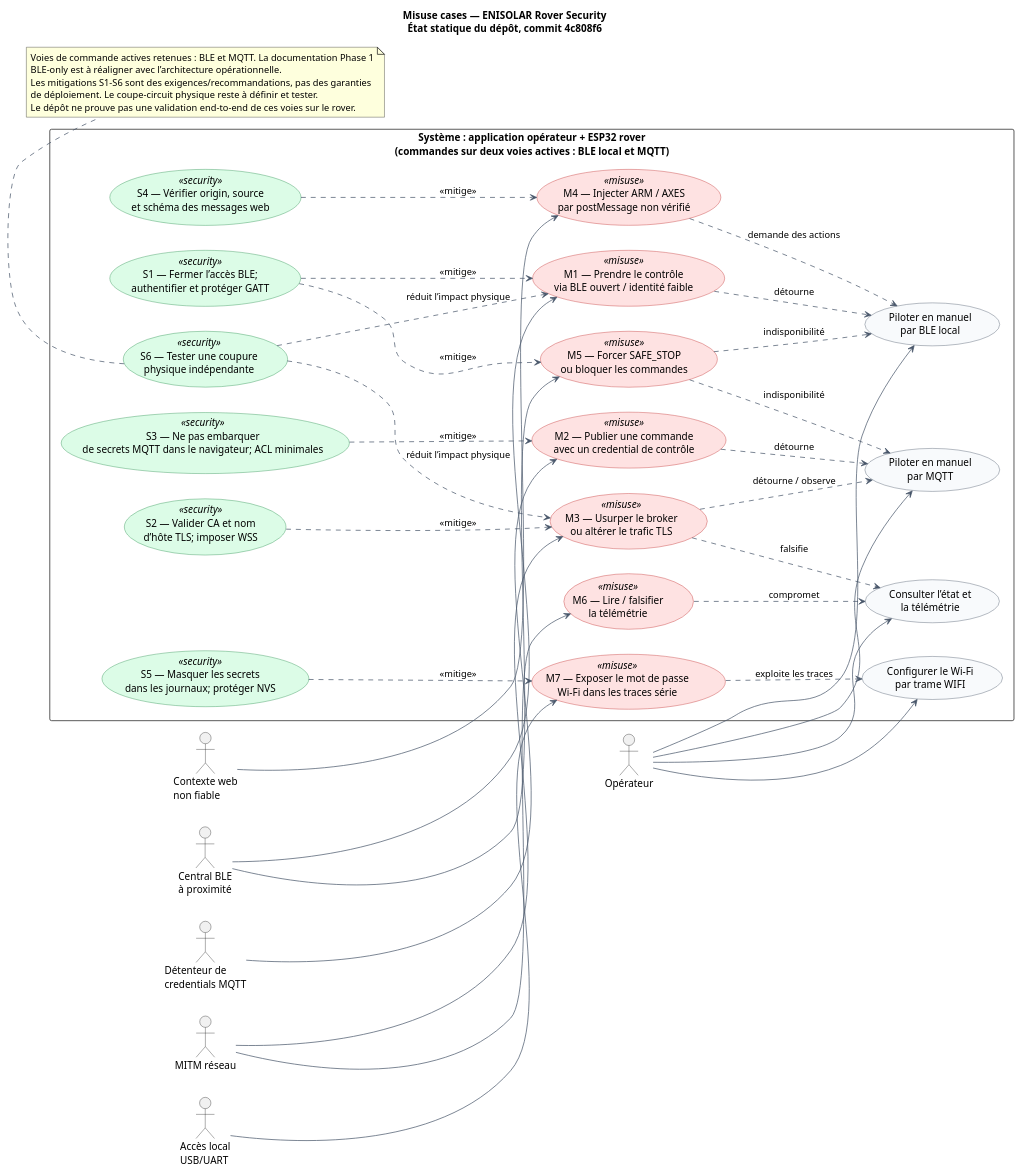
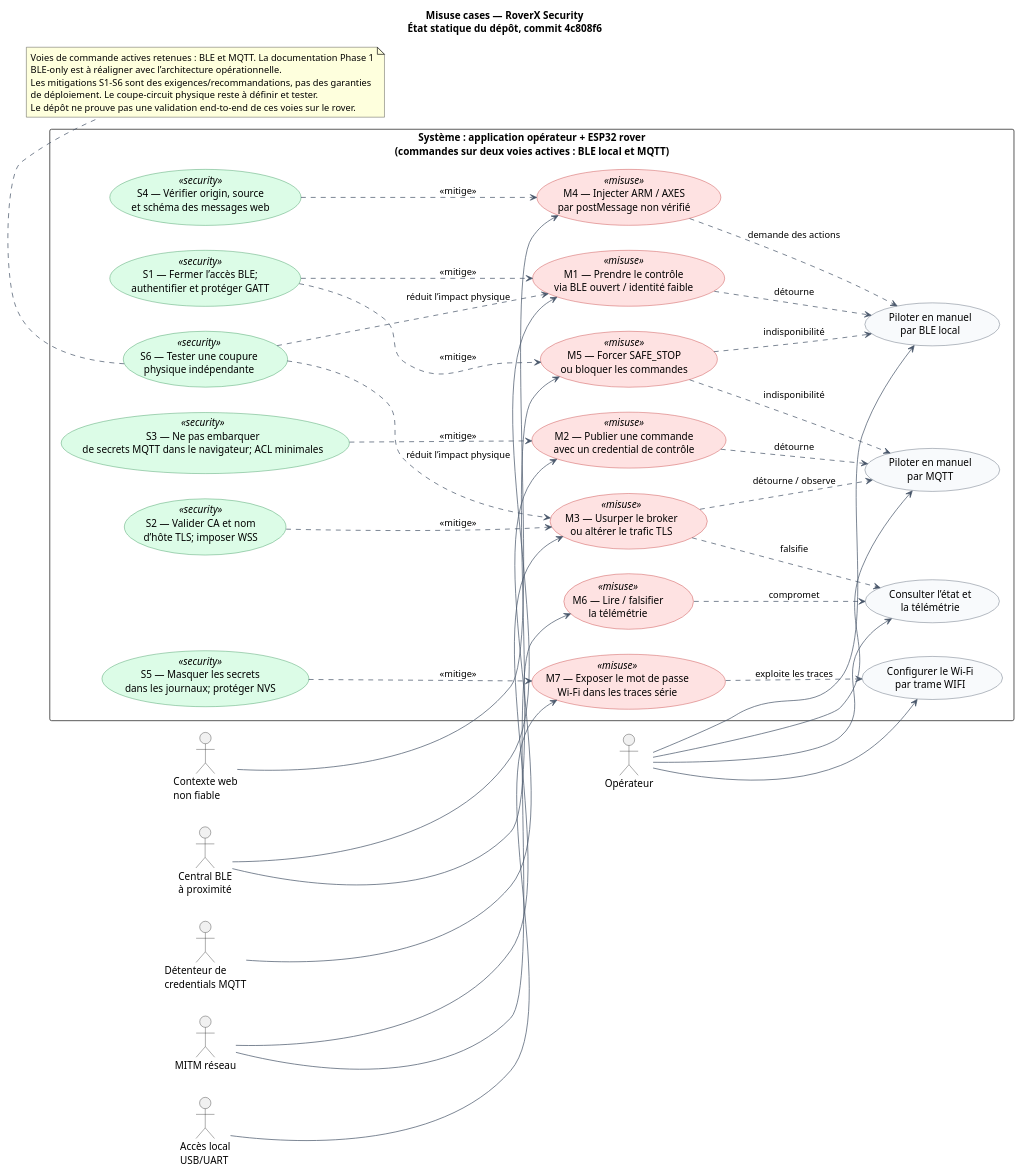
The diagram in docs/umlsec/rover-security-uml-livrables/misuse-cases-rover.puml (0x53616d6568/rover-security), drawn with PlantUML before and after one commit. The commit also changed 23 other files, not shown here.

```diff
--- a/docs/umlsec/rover-security-uml-livrables/misuse-cases-rover.puml
+++ b/docs/umlsec/rover-security-uml-livrables/misuse-cases-rover.puml
@@ -1,86 +1,86 @@
 @startuml
 left to right direction
 skinparam shadowing false
 skinparam packageStyle rectangle
 skinparam actorStyle stickman
 skinparam usecase {
   BackgroundColor #F8FAFC
   BorderColor #334155
   ArrowColor #475569
 }
 skinparam usecase<<misuse>> {
   BackgroundColor #FEE2E2
   BorderColor #B91C1C
 }
 skinparam usecase<<security>> {
   BackgroundColor #DCFCE7
   BorderColor #15803D
 }
-title Misuse cases — ENISOLAR Rover Security\nÉtat statique du dépôt, commit 4c808f6
+title Misuse cases — RoverX Security\nÉtat statique du dépôt, commit 4c808f6
 
 actor "Opérateur" as Operator
 actor "Central BLE\nà proximité" as BLEAttacker
 actor "Détenteur de\ncredentials MQTT" as MQTTAttacker
 actor "MITM réseau" as MITM
 actor "Contexte web\nnon fiable" as WebAttacker
 actor "Accès local\nUSB/UART" as LocalAttacker
 
 rectangle "Système : application opérateur + ESP32 rover\n(commandes sur deux voies actives : BLE local et MQTT)" {
   usecase "Piloter en manuel\npar BLE local" as UC_BLE
   usecase "Piloter en manuel\npar MQTT" as UC_MQTT
   usecase "Consulter l’état et\nla télémétrie" as UC_Telemetry
   usecase "Configurer le Wi-Fi\npar trame WIFI" as UC_Wifi
   usecase "M1 — Prendre le contrôle\nvia BLE ouvert / identité faible" as M1 <<misuse>>
   usecase "M2 — Publier une commande\navec un credential de contrôle" as M2 <<misuse>>
   usecase "M3 — Usurper le broker\nou altérer le trafic TLS" as M3 <<misuse>>
   usecase "M4 — Injecter ARM / AXES\npar postMessage non vérifié" as M4 <<misuse>>
   usecase "M5 — Forcer SAFE_STOP\nou bloquer les commandes" as M5 <<misuse>>
   usecase "M6 — Lire / falsifier\nla télémétrie" as M6 <<misuse>>
   usecase "M7 — Exposer le mot de passe\nWi-Fi dans les traces série" as M7 <<misuse>>
   usecase "S1 — Fermer l’accès BLE;\nauthentifier et protéger GATT" as S1 <<security>>
   usecase "S2 — Valider CA et nom\nd’hôte TLS; imposer WSS" as S2 <<security>>
   usecase "S3 — Ne pas embarquer\nde secrets MQTT dans le navigateur; ACL minimales" as S3 <<security>>
   usecase "S4 — Vérifier origin, source\net schéma des messages web" as S4 <<security>>
   usecase "S5 — Masquer les secrets\ndans les journaux; protéger NVS" as S5 <<security>>
   usecase "S6 — Tester une coupure\nphysique indépendante" as S6 <<security>>
 }
 
 Operator --> UC_BLE
 Operator --> UC_MQTT
 Operator --> UC_Telemetry
 Operator --> UC_Wifi
 BLEAttacker --> M1
 BLEAttacker --> M5
 MQTTAttacker --> M2
 MITM --> M3
 MITM --> M6
 WebAttacker --> M4
 LocalAttacker --> M7
 
 M1 ..> UC_BLE : détourne
 M2 ..> UC_MQTT : détourne
 M3 ..> UC_MQTT : détourne / observe
 M3 ..> UC_Telemetry : falsifie
 M4 ..> UC_BLE : demande des actions
 M5 ..> UC_BLE : indisponibilité
 M5 ..> UC_MQTT : indisponibilité
 M6 ..> UC_Telemetry : compromet
 M7 ..> UC_Wifi : exploite les traces
 
 S1 ..> M1 : <<mitige>>
 S1 ..> M5 : <<mitige>>
 S2 ..> M3 : <<mitige>>
 S3 ..> M2 : <<mitige>>
 S4 ..> M4 : <<mitige>>
 S5 ..> M7 : <<mitige>>
 S6 ..> M1 : réduit l’impact physique
 S6 ..> M3 : réduit l’impact physique
 
 note bottom
   Voies de commande actives retenues : BLE et MQTT. La documentation Phase 1
   BLE-only est à réaligner avec l’architecture opérationnelle.
   Les mitigations S1–S6 sont des exigences/recommandations, pas des garanties
   de déploiement. Le coupe-circuit physique reste à définir et tester.
   Le dépôt ne prouve pas une validation end-to-end de ces voies sur le rover.
 end note
 @enduml
```
